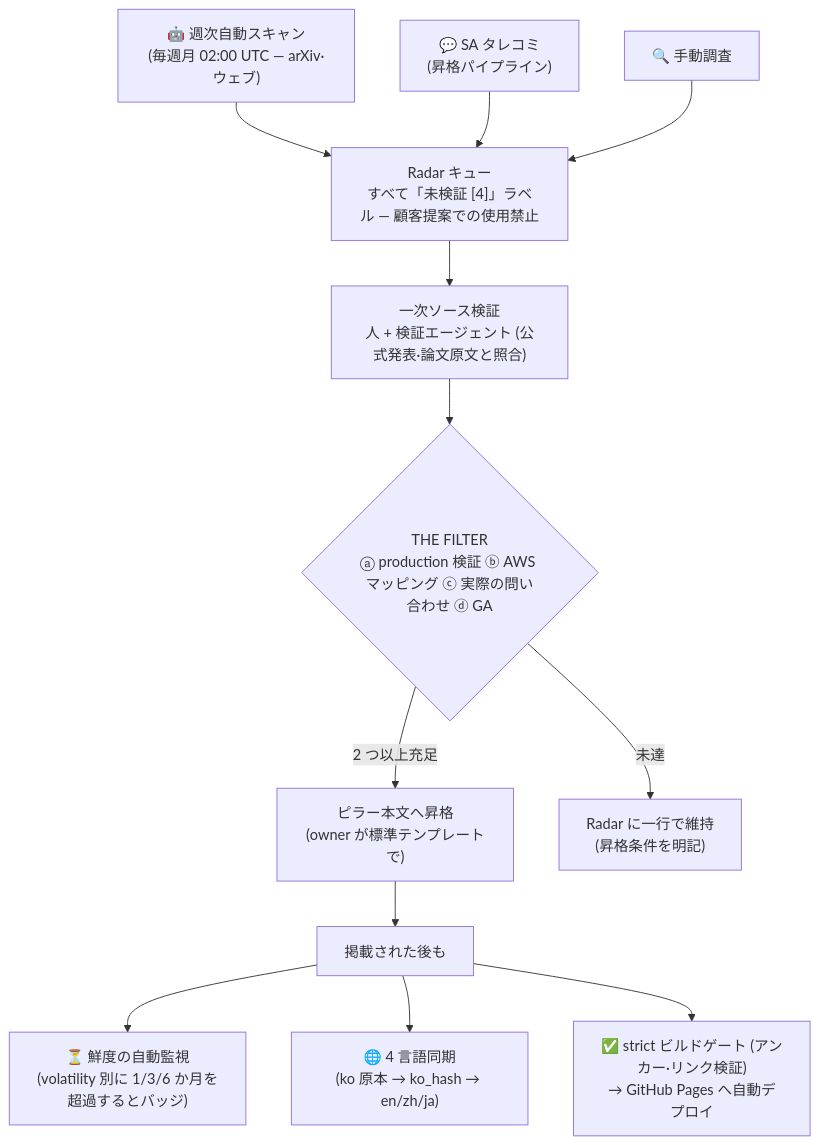
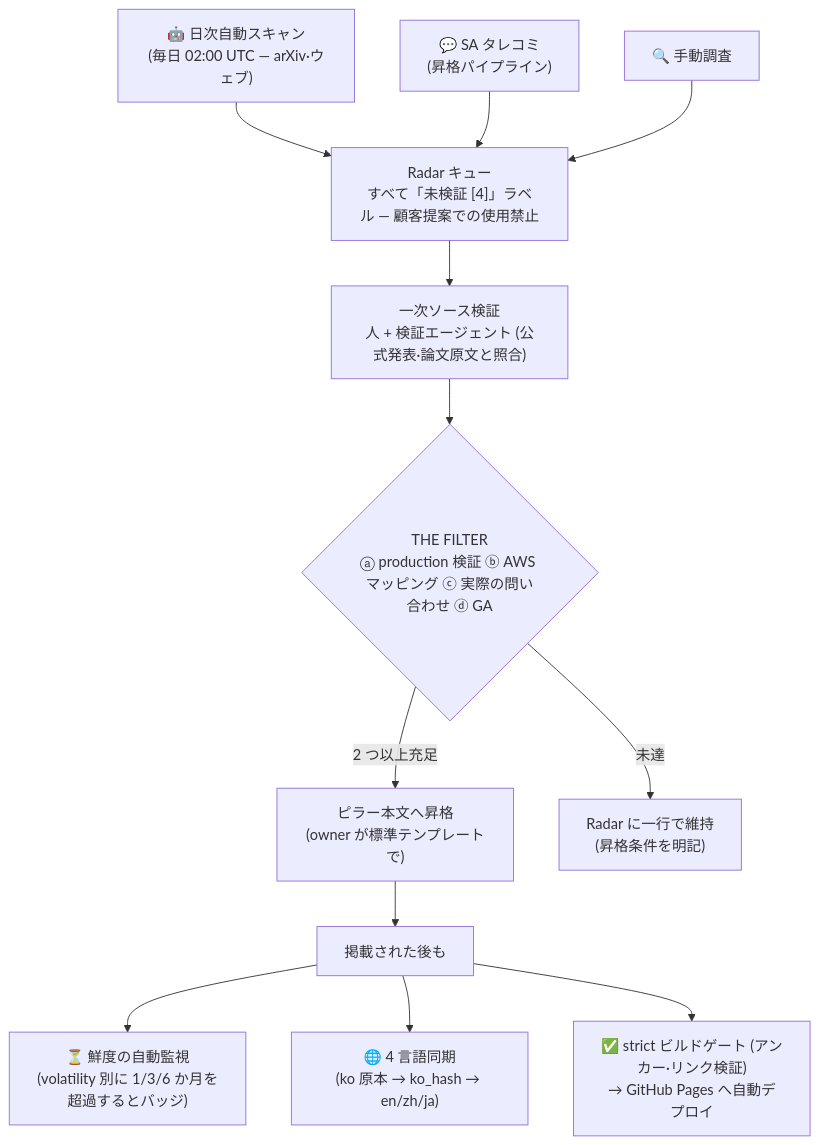
The diagram in docs/guide.ja.md (comeddy/pai-playbook), drawn with Mermaid before and after one commit. The commit also changed other lines of this file and 4 other files, not shown here.

````diff
--- a/docs/guide.ja.md
+++ b/docs/guide.ja.md
@@ -15,14 +15,14 @@
 ```mermaid
 graph TD
-    A1["🤖 週次自動スキャン<br>(毎週月 02:00 UTC — arXiv·ウェブ)"] --> R
+    A1["🤖 日次自動スキャン<br>(毎日 02:00 UTC — arXiv·ウェブ)"] --> R
     A2["💬 SA タレコミ<br>(昇格パイプライン)"] --> R
     A3[🔍 手動調査] --> R
     R["Radar キュー<br>すべて「未検証 [4]」ラベル — 顧客提案での使用禁止"] --> V["一次ソース検証<br>人 + 検証エージェント (公式発表·論文原文と照合)"]
     V --> F{"THE FILTER<br>ⓐ production 検証 ⓑ AWS マッピング ⓒ 実際の問い合わせ ⓓ GA"}
     F -- 2 つ以上充足 --> P["ピラー本文へ昇格<br>(owner が標準テンプレートで)"]
     F -- 未達 --> K["Radar に一行で維持<br>(昇格条件を明記)"]
     P --> AFTER[掲載された後も]
     AFTER --> M1["⏳ 鮮度の自動監視<br>(volatility 別に 1/3/6 か月を超過するとバッジ)"]
     AFTER --> M2["🌐 4 言語同期<br>(ko 原本 → ko_hash → en/zh/ja)"]
     AFTER --> M3["✅ strict ビルドゲート (アンカー·リンク検証)<br>→ GitHub Pages へ自動デプロイ"]
 ```
````
